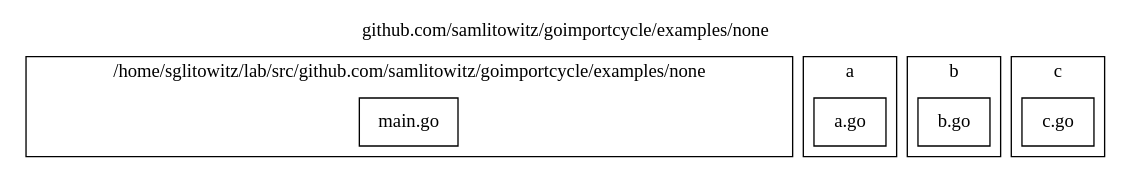
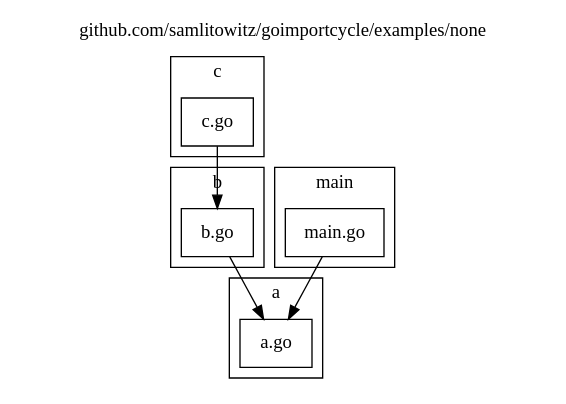
The diagram in assets/examples/none/file.dot (samlitowitz/goimportcycle), drawn with Graphviz before and after one commit. The commit also changed 19 other files, not shown here.

```diff
--- a/assets/examples/none/file.dot
+++ b/assets/examples/none/file.dot
@@ -1,44 +1,47 @@
 
 digraph {
 	labelloc="t";
 	label="github.com/samlitowitz/goimportcycle/examples/none";
 	rankdir="TB";
 	node [shape="rect"];
-
-	subgraph cluster_pkg_main {
-		label="/home/sglitowitz/lab/src/github.com/samlitowitz/goimportcycle/examples/none";
-		style="filled";
-		fontcolor="#000000";
-		fillcolor="#ffffff";
-
-		pkg_main_file_main [label="main.go", style="filled", fontcolor="#000000", fillcolor="#ffffff"];
-	};
 
 	subgraph cluster_pkg_a {
 		label="a";
 		style="filled";
 		fontcolor="#000000";
 		fillcolor="#ffffff";
 
 		pkg_a_file_a [label="a.go", style="filled", fontcolor="#000000", fillcolor="#ffffff"];
 	};
 
 	subgraph cluster_pkg_b {
 		label="b";
 		style="filled";
 		fontcolor="#000000";
 		fillcolor="#ffffff";
 
 		pkg_b_file_b [label="b.go", style="filled", fontcolor="#000000", fillcolor="#ffffff"];
 	};
 
 	subgraph cluster_pkg_c {
 		label="c";
 		style="filled";
 		fontcolor="#000000";
 		fillcolor="#ffffff";
 
 		pkg_c_file_c [label="c.go", style="filled", fontcolor="#000000", fillcolor="#ffffff"];
 	};
 
+	subgraph cluster_pkg_main {
+		label="main";
+		style="filled";
+		fontcolor="#000000";
+		fillcolor="#ffffff";
+
+		pkg_main_file_main [label="main.go", style="filled", fontcolor="#000000", fillcolor="#ffffff"];
+	};
+
+	pkg_b_file_b -> pkg_a_file_a [color="#000000"];
+	pkg_c_file_c -> pkg_b_file_b [color="#000000"];
+	pkg_main_file_main -> pkg_a_file_a [color="#000000"];
 }
```
